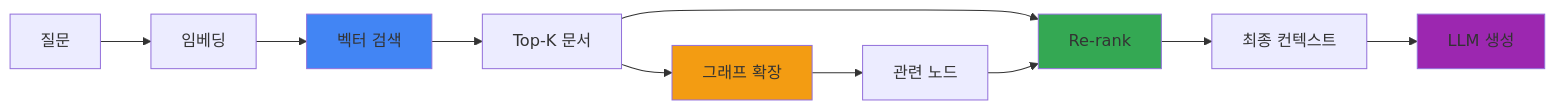
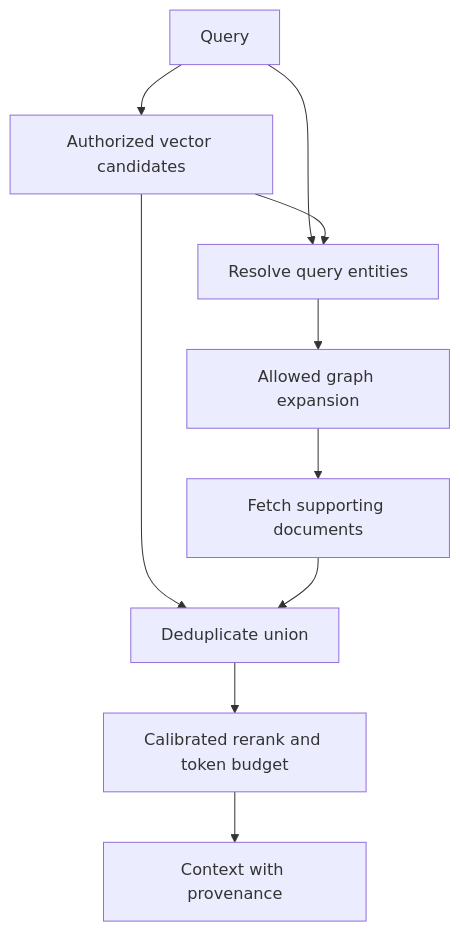
Before and after one commit to devfloor9/engineering-playbook: the second of 3 diagrams in docs/agentic-ai-platform/design-architecture/advanced-patterns/knowledge-feature-store.md, drawn with Mermaid. The commit also changed other lines of this file and 3 other files, not shown here.

````diff
--- a/docs/agentic-ai-platform/design-architecture/advanced-patterns/knowledge-feature-store.md
+++ b/docs/agentic-ai-platform/design-architecture/advanced-patterns/knowledge-feature-store.md
@@ -293,27 +141,12 @@
 ```mermaid
-flowchart LR
-    Q[질문]
-    E[임베딩]
-    V[벡터 검색]
-    T[Top-K 문서]
-    G[그래프 확장]
-    N[관련 노드]
-    R[Re-rank]
-    F[최종 컨텍스트]
-    L[LLM 생성]
-
-    Q --> E
-    E --> V
-    V --> T
-    T --> G
-    G --> N
-    T --> R
-    N --> R
-    R --> F
-    F --> L
-
-    style V fill:#4285f4
-    style G fill:#f39c12
-    style R fill:#34a853
-    style L fill:#9c27b0
+flowchart TB
+    Q[Query] --> V[Authorized vector candidates]
+    Q --> E[Resolve query entities]
+    V --> E
+    E --> G[Allowed graph expansion]
+    G --> D[Fetch supporting documents]
+    V --> U[Deduplicate union]
+    D --> U
+    U --> R[Calibrated rerank and token budget]
+    R --> C[Context with provenance]
 ```
````
